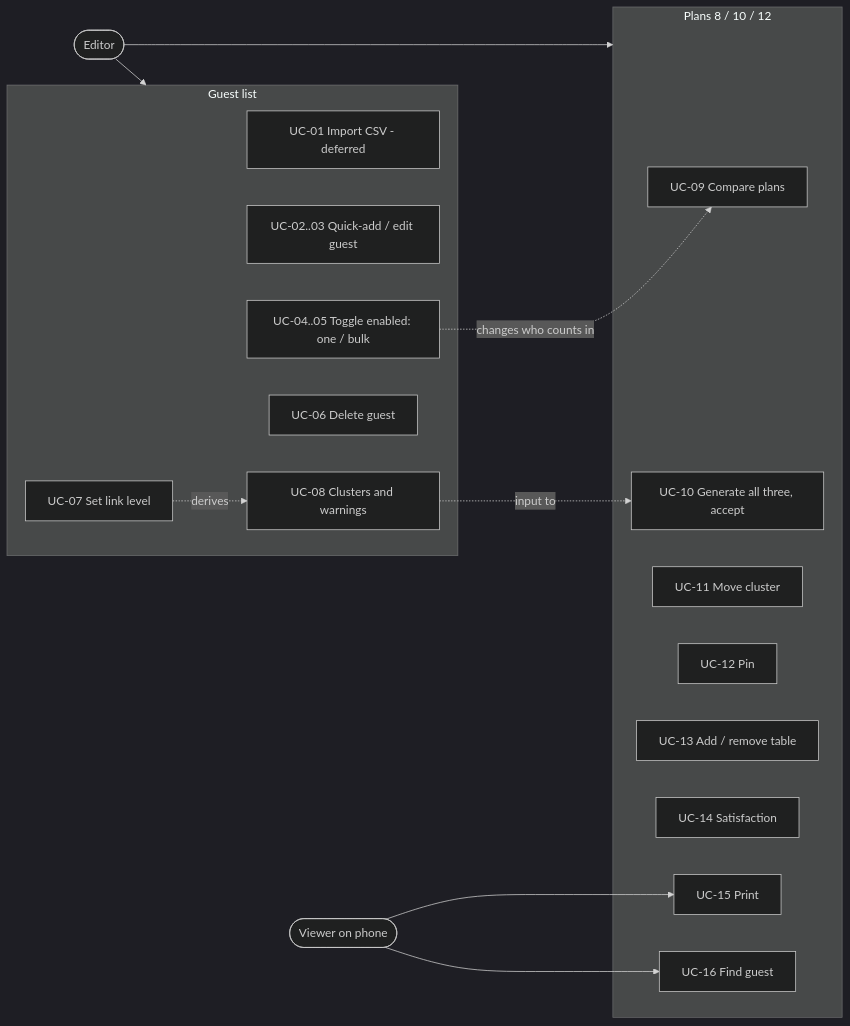
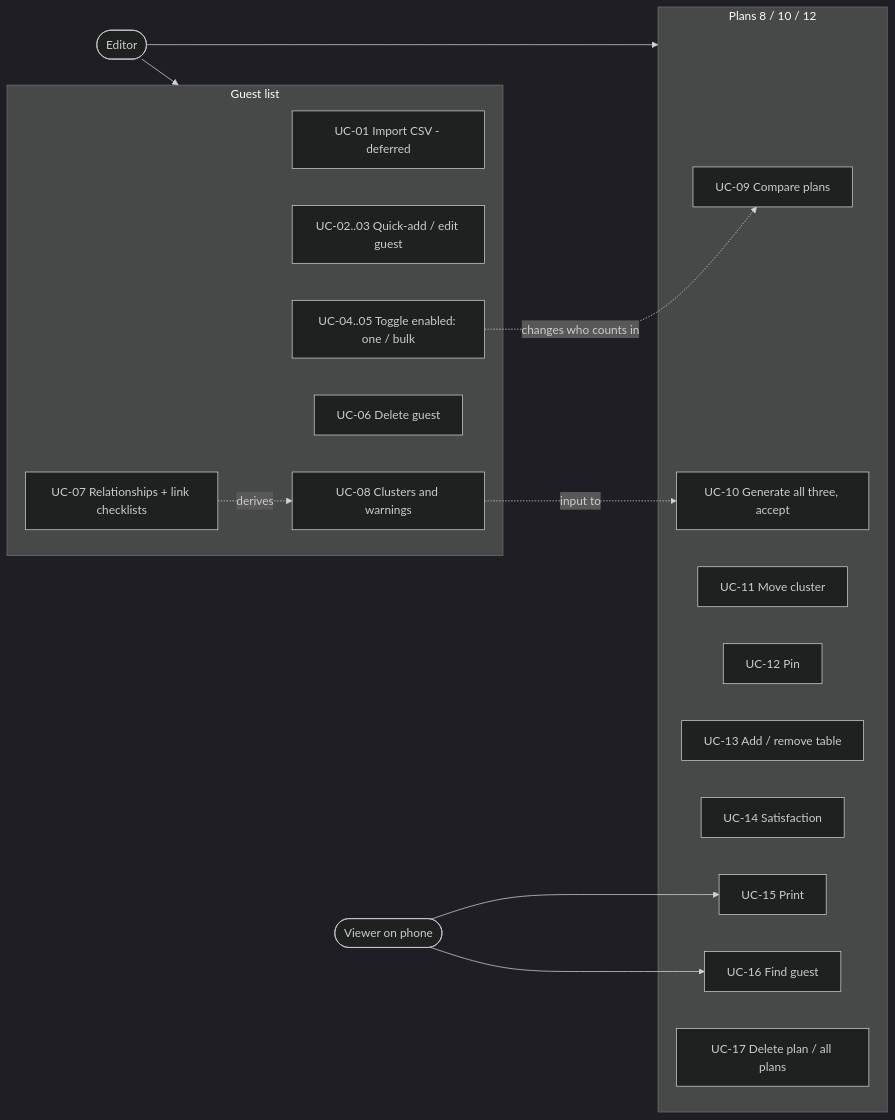
Before and after one commit to emicon123/wedding-seating-planner: the diagram in docs/architecture/01-domain-glossary.md, drawn with Mermaid (dark theme). The commit also changed other lines of this file and 24 other files, not shown here.

First line of the commit message:
feat: add resetPlan (delete a plan) and expose the app on the home LAN

````diff
--- a/docs/architecture/01-domain-glossary.md
+++ b/docs/architecture/01-domain-glossary.md
@@ -92,30 +94,31 @@
 ```mermaid
 flowchart LR
     E([Editor])
     V([Viewer on phone])
     subgraph GL[Guest list]
         UC01[UC-01 Import CSV - deferred]
         UC02[UC-02..03 Quick-add / edit guest]
         UC04[UC-04..05 Toggle enabled: one / bulk]
         UC06[UC-06 Delete guest]
-        UC07[UC-07 Set link level]
+        UC07[UC-07 Relationships + link checklists]
         UC08[UC-08 Clusters and warnings]
     end
     subgraph SC[Plans 8 / 10 / 12]
         UC09[UC-09 Compare plans]
         UC10[UC-10 Generate all three, accept]
         UC11[UC-11 Move cluster]
         UC12[UC-12 Pin]
         UC13[UC-13 Add / remove table]
         UC14[UC-14 Satisfaction]
         UC15[UC-15 Print]
         UC16[UC-16 Find guest]
+        UC17[UC-17 Delete plan / all plans]
     end
     E --> GL
     E --> SC
     V --> UC16
     V --> UC15
     UC07 -. derives .-> UC08
     UC04 -. changes who counts in .-> UC09
     UC08 -. input to .-> UC10
 ```
````
